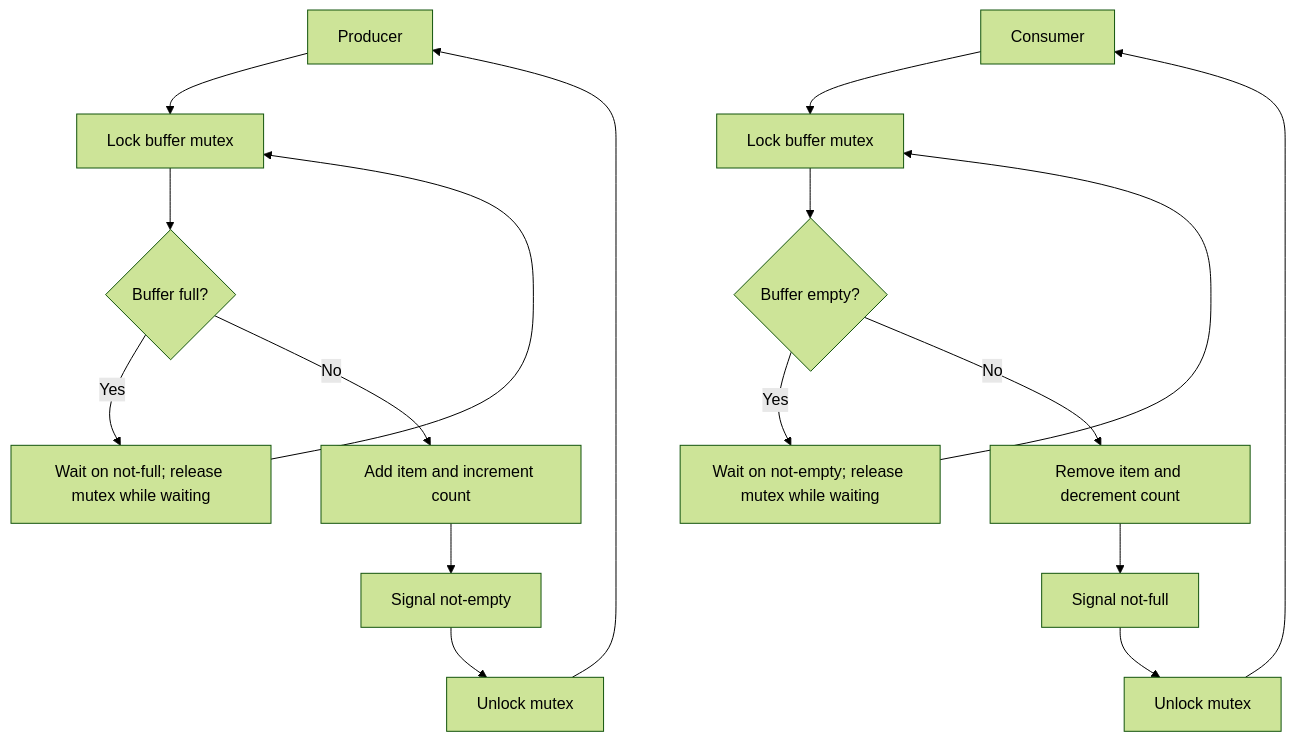
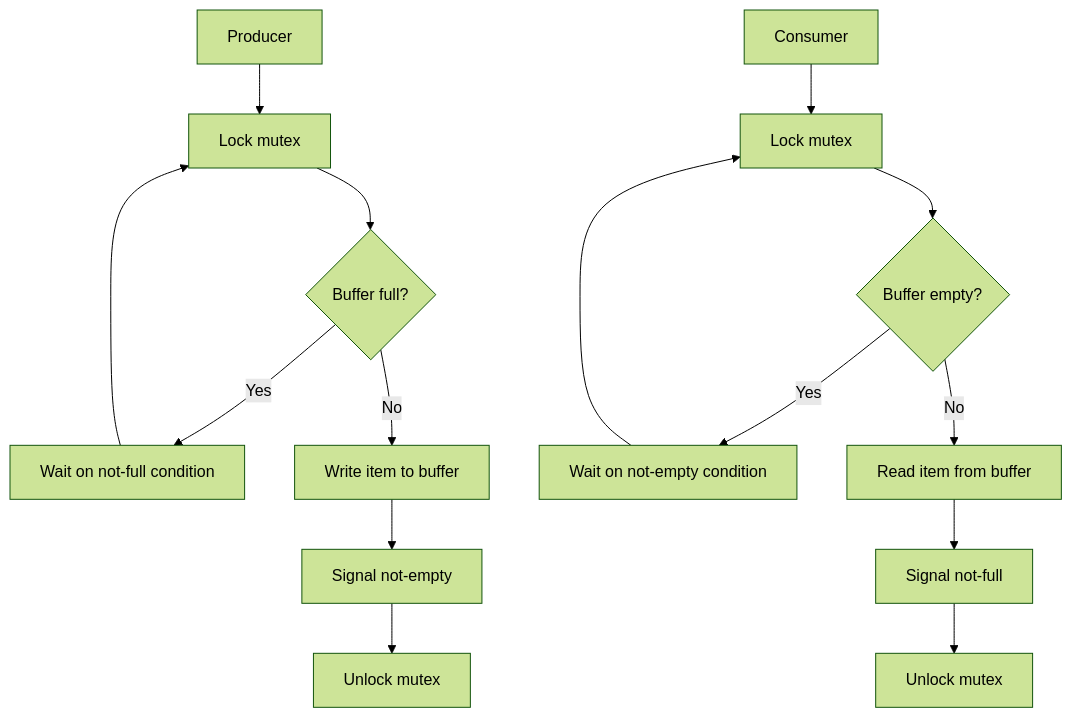
Before and after one commit to Prashant-treat/OS: the sixth of 10 diagrams in diagram.md, drawn with Mermaid (forest theme). The commit also changed other lines of this file, not shown here.

Commit message:
Revise diagram.md to enhance clarity and organization of OS concepts, updating Mermaid diagrams for architecture, boot process, process scheduling, memory translation, synchronization, deadlock, and file operations.

````diff
--- a/diagram.md
+++ b/diagram.md
@@ -111,20 +102,18 @@
 ```mermaid
 flowchart TD
-		P[Producer] --> A[Lock buffer mutex]
-		A --> B{Buffer full?}
-		B -- Yes --> C[Wait on not-full; release mutex while waiting]
-		C --> A
-		B -- No --> D[Add item and increment count]
-		D --> E[Signal not-empty]
-		E --> F[Unlock mutex]
-		F --> P
+    P[Producer] --> A[Lock mutex]
+    A --> B{Buffer full?}
+    B -- Yes --> C[Wait on not-full condition]
+    C --> A
+    B -- No --> D[Write item to buffer]
+    D --> E[Signal not-empty]
+    E --> F[Unlock mutex]
 
-		Q[Consumer] --> G[Lock buffer mutex]
-		G --> H{Buffer empty?}
-		H -- Yes --> I[Wait on not-empty; release mutex while waiting]
-		I --> G
-		H -- No --> J[Remove item and decrement count]
-		J --> K[Signal not-full]
-		K --> L[Unlock mutex]
-		L --> Q
+    Q[Consumer] --> G[Lock mutex]
+    G --> H{Buffer empty?}
+    H -- Yes --> I[Wait on not-empty condition]
+    I --> G
+    H -- No --> J[Read item from buffer]
+    J --> K[Signal not-full]
+    K --> L[Unlock mutex]
 ```
````
